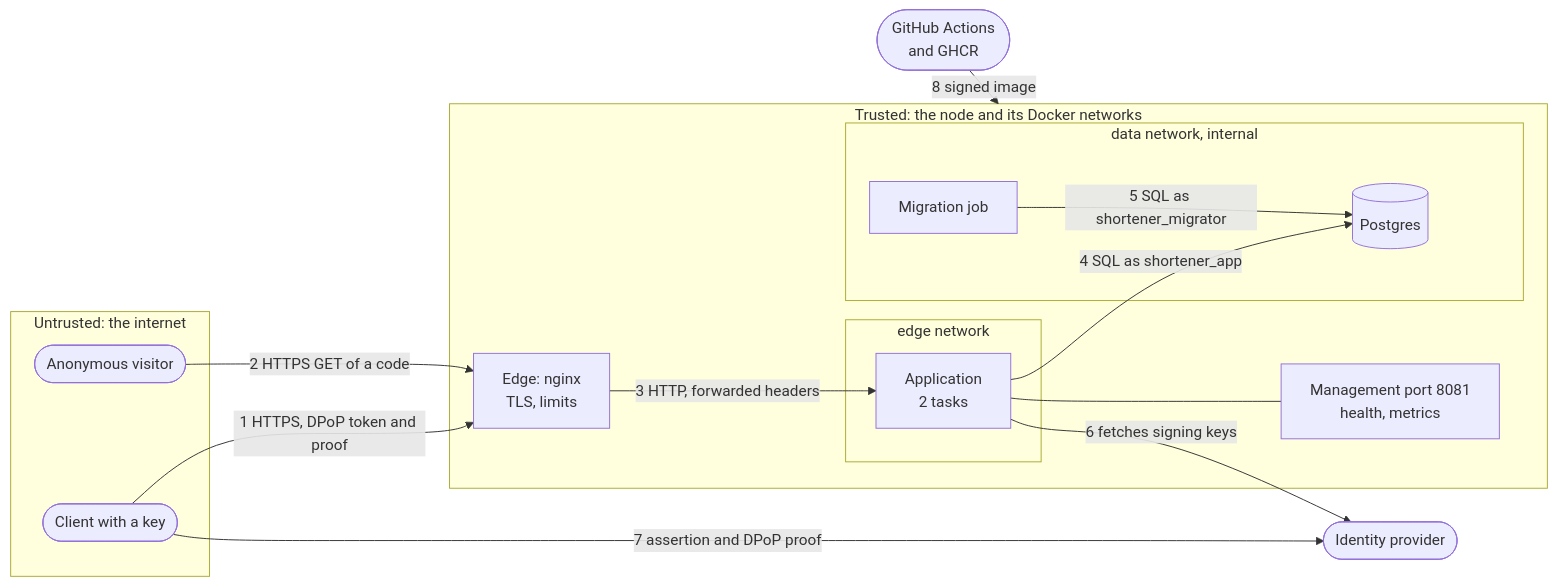
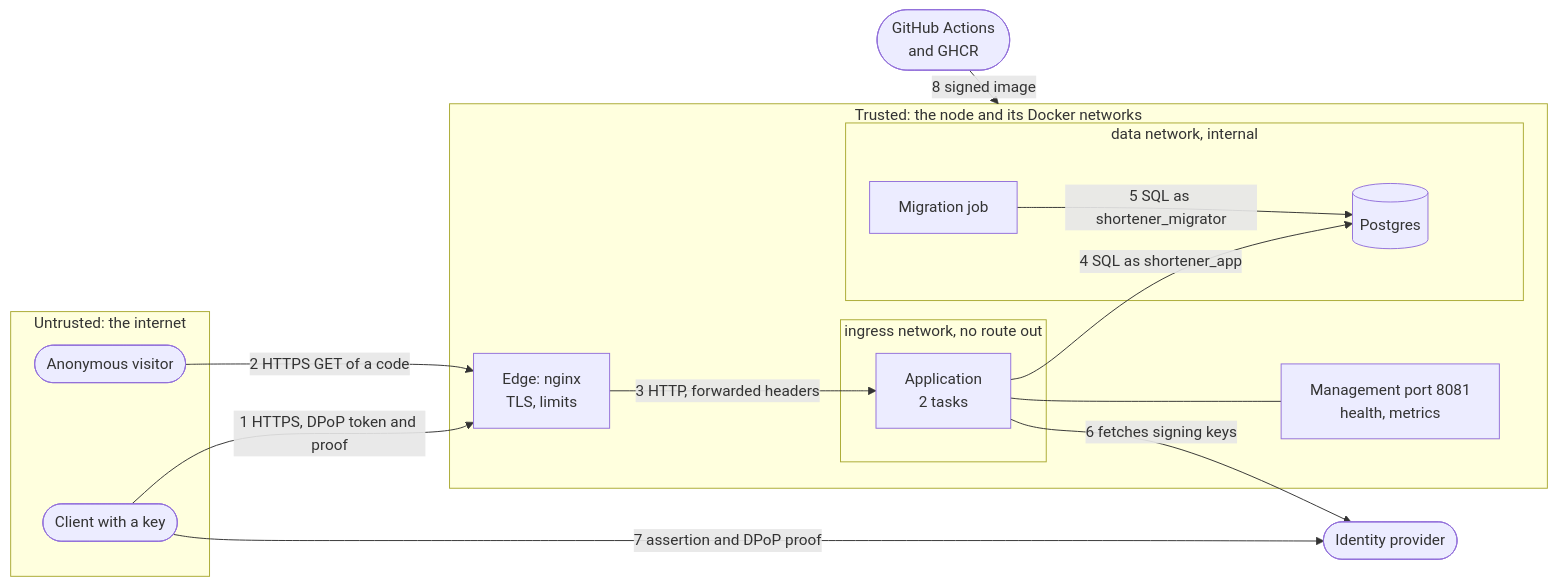
Before and after one commit to christ008/shortener: the diagram in docs/THREAT_MODEL.md, drawn with Mermaid. The commit also changed other lines of this file and 37 other files, not shown here.

````diff
--- a/docs/THREAT_MODEL.md
+++ b/docs/THREAT_MODEL.md
@@ -69,31 +69,31 @@
 ```mermaid
 flowchart LR
     visitor(["Anonymous visitor"])
     client(["Client with a key"])
     subgraph internet["Untrusted: the internet"]
         visitor
         client
     end
     subgraph host["Trusted: the node and its Docker networks"]
         edge["Edge: nginx<br/>TLS, limits"]
-        subgraph edgeNet["edge network"]
+        subgraph ingressNet["ingress network, no route out"]
             app["Application<br/>2 tasks"]
         end
         subgraph dataNet["data network, internal"]
             db[("Postgres")]
             migrate["Migration job"]
         end
         mgmt["Management port 8081<br/>health, metrics"]
     end
     idp(["Identity provider"])
     pipeline(["GitHub Actions<br/>and GHCR"])
     client -->|"1 HTTPS, DPoP token and proof"| edge
     visitor -->|"2 HTTPS GET of a code"| edge
     edge -->|"3 HTTP, forwarded headers"| app
     app -->|"4 SQL as shortener_app"| db
     migrate -->|"5 SQL as shortener_migrator"| db
     app -->|"6 fetches signing keys"| idp
     client -->|"7 assertion and DPoP proof"| idp
     app --- mgmt
     pipeline -->|"8 signed image"| host
 ```
````
